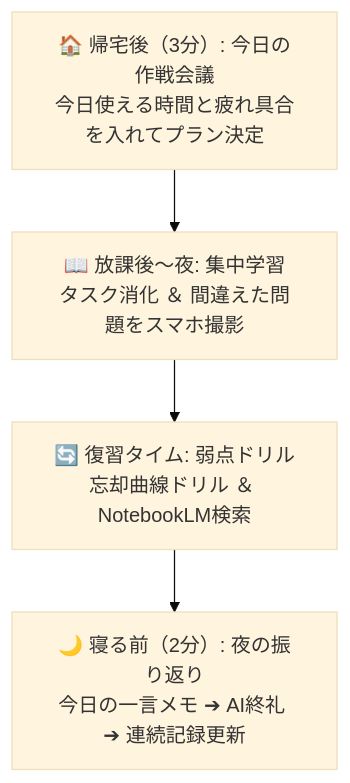
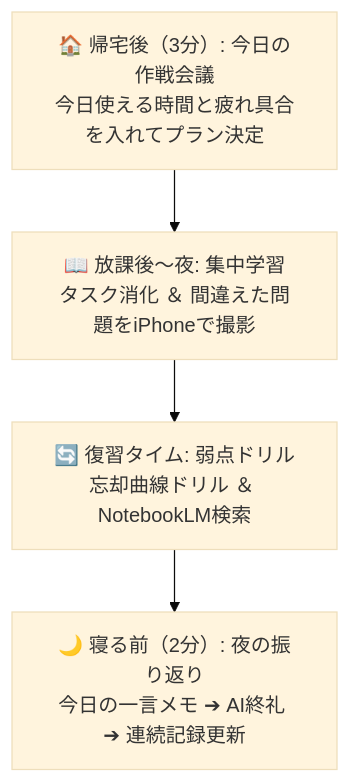
The diagram in USER_GUIDE_FOR_STUDENT.md (hidetoshi-k/ai_study_partner), drawn with Mermaid (base theme) before and after one commit. The commit also changed other lines of this file, not shown here.

````diff
--- a/USER_GUIDE_FOR_STUDENT.md
+++ b/USER_GUIDE_FOR_STUDENT.md
@@ -47,6 +62,6 @@
 ```mermaid
 flowchart TD
-    A["🏠 帰宅後（3分）: 今日の作戦会議\n今日使える時間と疲れ具合を入れてプラン決定"] --> B["📖 放課後〜夜: 集中学習\nタスク消化 ＆ 間違えた問題をスマホ撮影"]
+    A["🏠 帰宅後（3分）: 今日の作戦会議\n今日使える時間と疲れ具合を入れてプラン決定"] --> B["📖 放課後〜夜: 集中学習\nタスク消化 ＆ 間違えた問題をiPhoneで撮影"]
     B --> C["🔄 復習タイム: 弱点ドリル\n忘却曲線ドリル ＆ NotebookLM検索"]
     C --> D["🌙 寝る前（2分）: 夜の振り返り\n今日の一言メモ ➔ AI終礼 ➔ 連続記録更新"]
 ```
````
